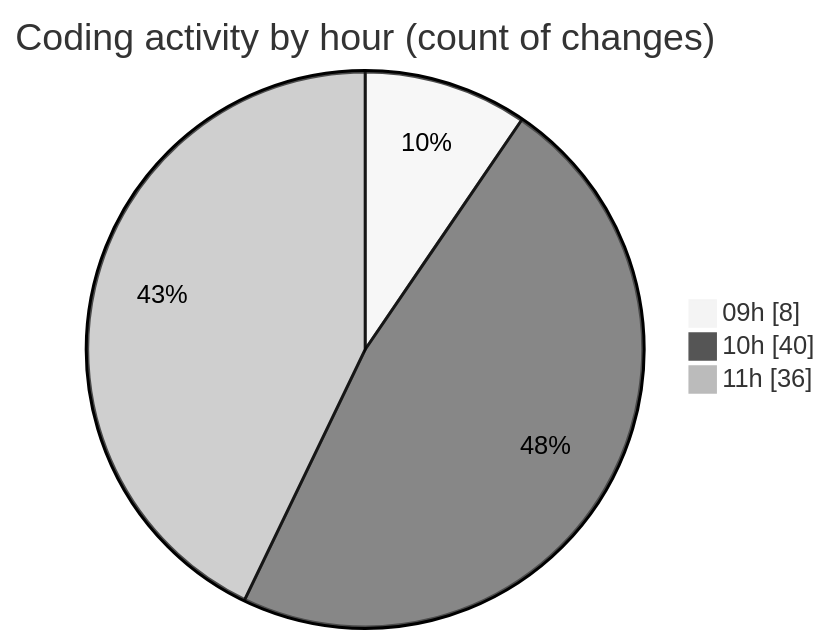
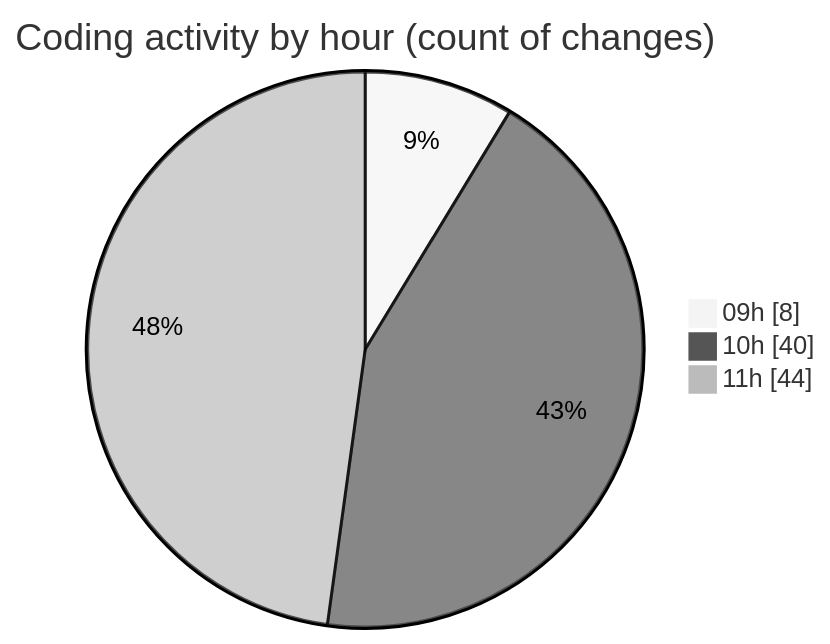
One commit to momahboobian/code-tracking changed the second of 2 diagrams in 2025-09-01/cda/README.md. Above: the diagram before and after it, drawn with Mermaid (neutral theme). The commit also changed other lines of this file and 1 other file, not shown here.

````diff
--- a/2025-09-01/cda/README.md
+++ b/2025-09-01/cda/README.md
@@ -37,7 +37,7 @@
 ```mermaid
 pie showData
 title Coding activity by hour (count of changes)
 "09h" : 8
 "10h" : 40
-"11h" : 36
+"11h" : 44
 ```
````
